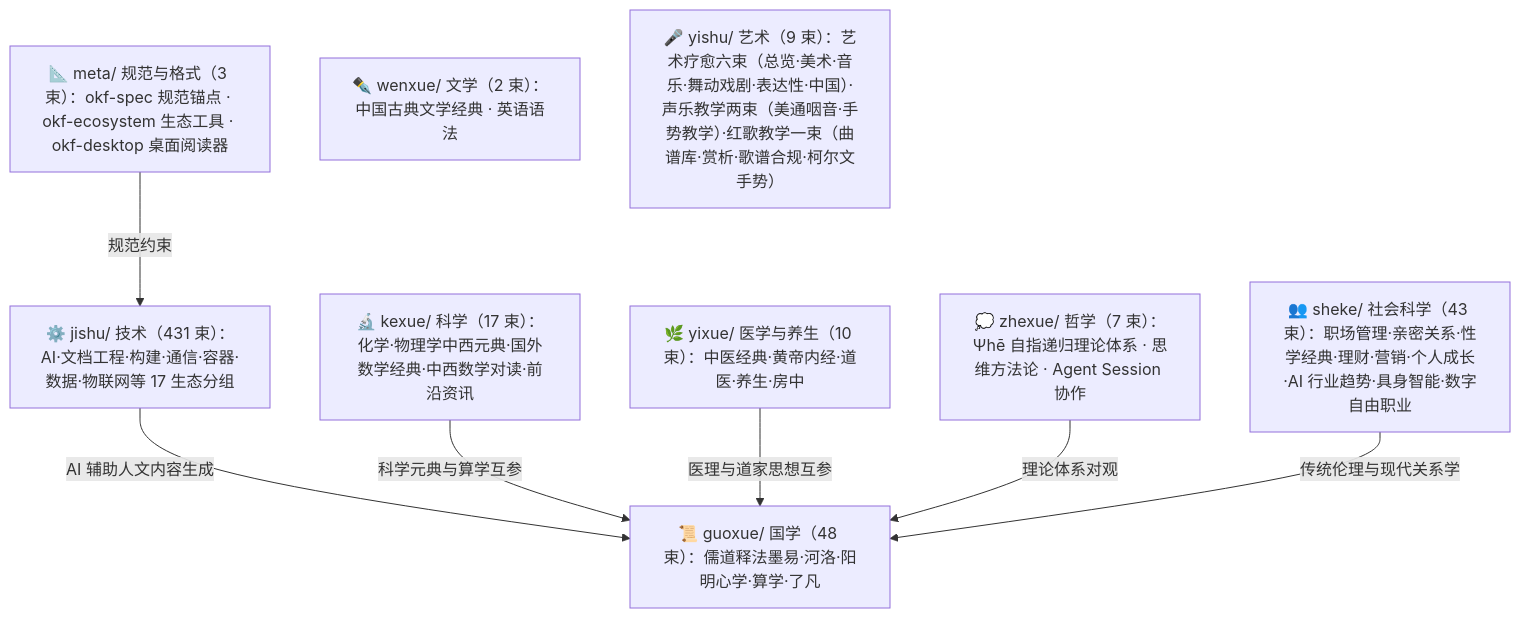
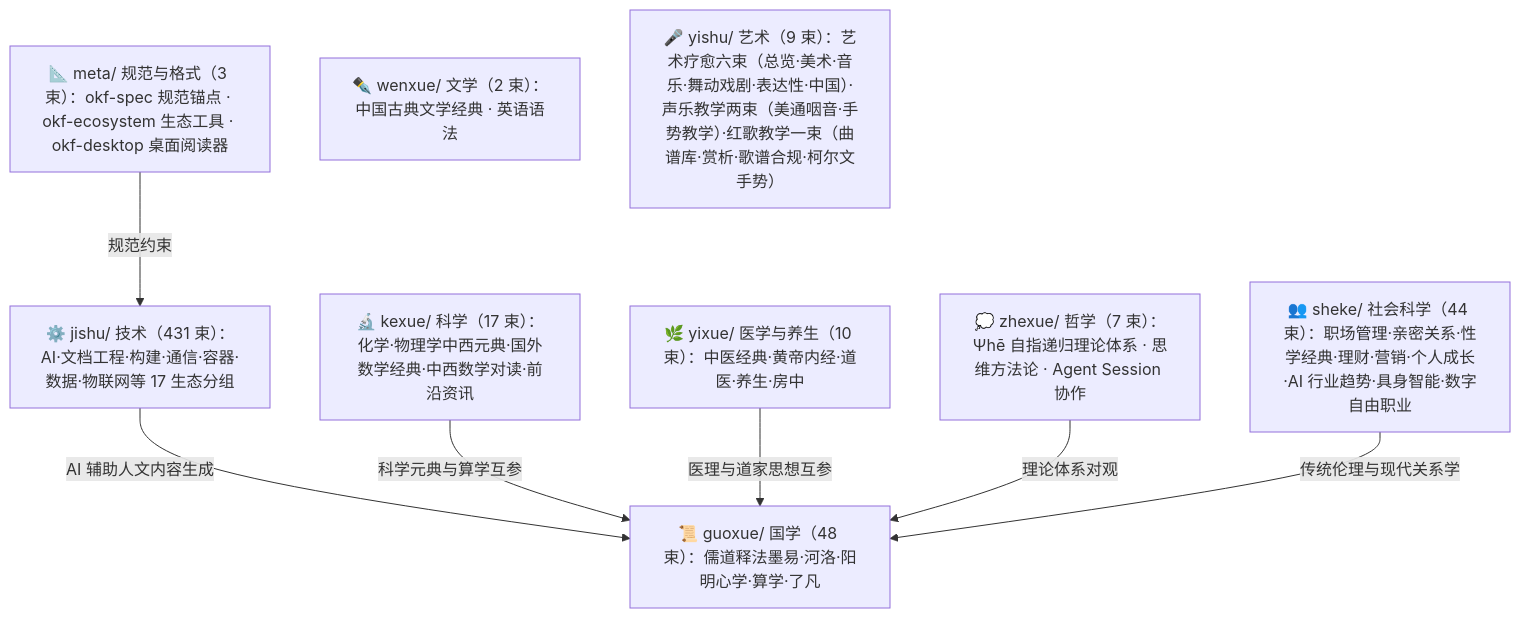
The diagram in doc/bundles/index.md (awesome-flexloop/awesome-okf), drawn with Mermaid before and after one commit. The commit also changed other lines of this file and 11 other files, not shown here.

````diff
--- a/doc/bundles/index.md
+++ b/doc/bundles/index.md
@@ -21,18 +21,18 @@
 ```mermaid
 flowchart TD
     meta["📐 meta/ 规范与格式（3 束）：okf-spec 规范锚点 · okf-ecosystem 生态工具 · okf-desktop 桌面阅读器"]
     guoxue["📜 guoxue/ 国学（48 束）：儒道释法墨易·河洛·阳明心学·算学·了凡"]
     zhexue["💭 zhexue/ 哲学（7 束）：Ψhē 自指递归理论体系 · 思维方法论 · Agent Session 协作"]
     kexue["🔬 kexue/ 科学（17 束）：化学·物理学中西元典·国外数学经典·中西数学对读·前沿资讯"]
     wenxue["✒️ wenxue/ 文学（2 束）：中国古典文学经典 · 英语语法"]
     yixue["🌿 yixue/ 医学与养生（10 束）：中医经典·黄帝内经·道医·养生·房中"]
-    sheke["👥 sheke/ 社会科学（43 束）：职场管理·亲密关系·性学经典·理财·营销·个人成长·AI 行业趋势·具身智能·数字自由职业"]
+    sheke["👥 sheke/ 社会科学（44 束）：职场管理·亲密关系·性学经典·理财·营销·个人成长·AI 行业趋势·具身智能·数字自由职业"]
     yishu["🎤 yishu/ 艺术（9 束）：艺术疗愈六束（总览·美术·音乐·舞动戏剧·表达性·中国）·声乐教学两束（美通咽音·手势教学）·红歌教学一束（曲谱库·赏析·歌谱合规·柯尔文手势）"]
     jishu["⚙️ jishu/ 技术（431 束）：AI·文档工程·构建·通信·容器·数据·物联网等 17 生态分组"]
     meta -->|"规范约束"| jishu
     jishu -->|"AI 辅助人文内容生成"| guoxue
     kexue -->|"科学元典与算学互参"| guoxue
     yixue -->|"医理与道家思想互参"| guoxue
     zhexue -->|"理论体系对观"| guoxue
     sheke -->|"传统伦理与现代关系学"| guoxue
 ```
````
